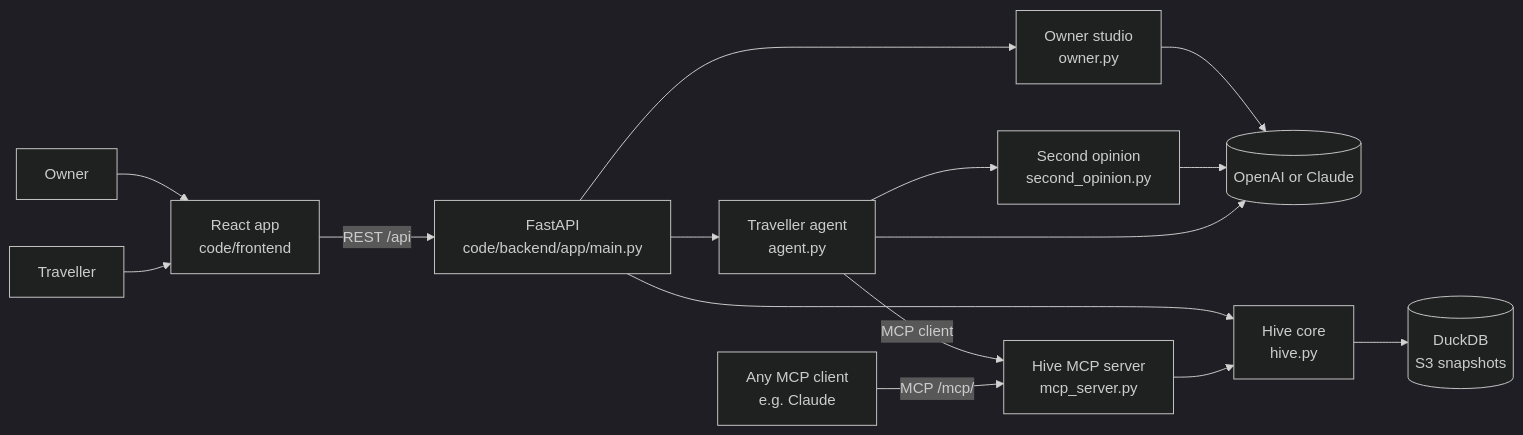
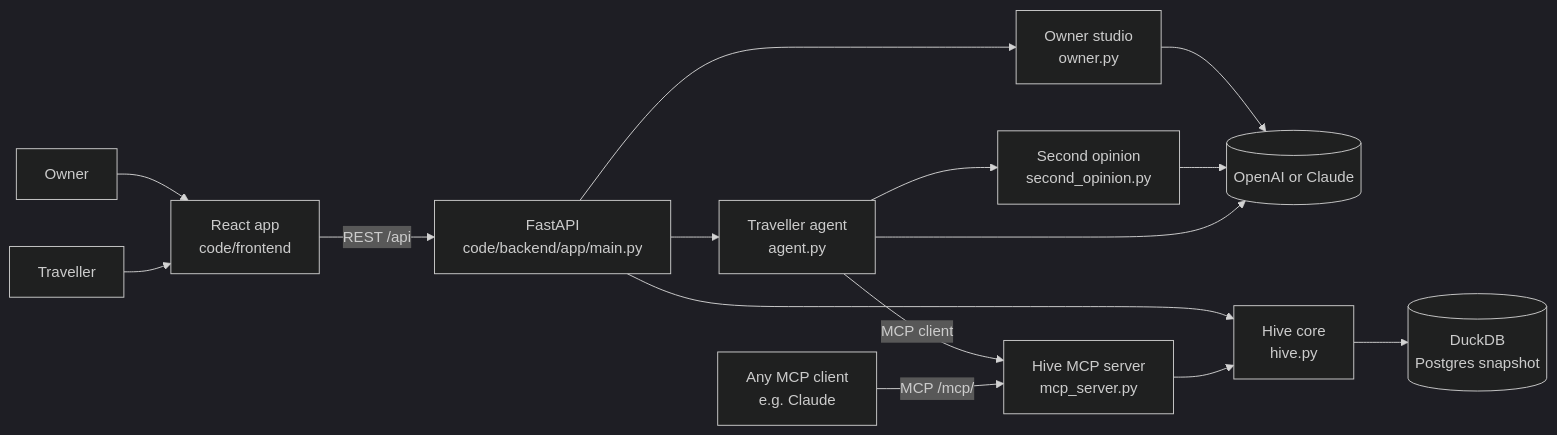
The diagram in documentation/ARCHITECTURE.md (reactbias/Adobee-Hive), drawn with Mermaid (dark theme) before and after one commit. The commit also changed other lines of this file and 3 other files, not shown here.

````diff
--- a/documentation/ARCHITECTURE.md
+++ b/documentation/ARCHITECTURE.md
@@ -7,15 +7,15 @@
 ```mermaid
 flowchart LR
   T[Traveller] --> UI[React app<br/>code/frontend]
   O[Owner] --> UI
   X[Any MCP client<br/>e.g. Claude] -->|MCP /mcp/| MCP
   UI -->|REST /api| API[FastAPI<br/>code/backend/app/main.py]
   API --> AG[Traveller agent<br/>agent.py]
   AG -->|MCP client| MCP[Hive MCP server<br/>mcp_server.py]
   AG --> C[(OpenAI or Claude)]
   AG --> SO[Second opinion<br/>second_opinion.py] --> C
   API --> OW[Owner studio<br/>owner.py] --> C
   MCP --> H[Hive core<br/>hive.py]
   API --> H
-  H --> DB[(DuckDB<br/>S3 snapshots)]
+  H --> DB[(DuckDB<br/>Postgres snapshot)]
 ```
````
